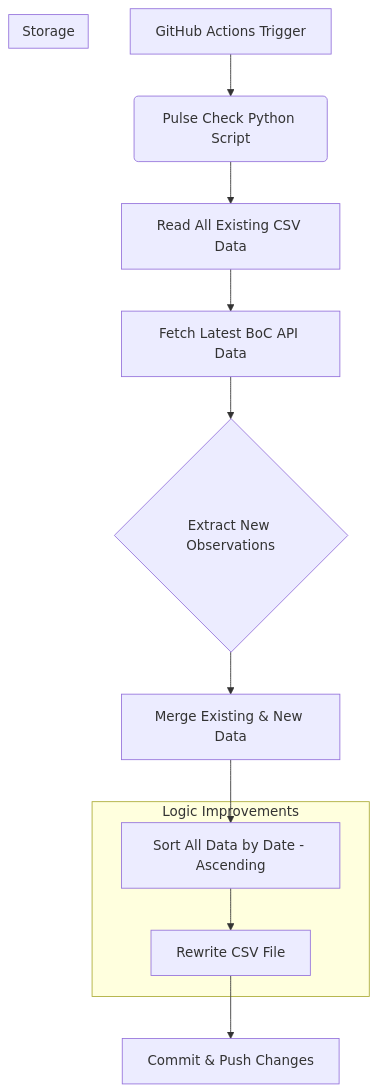
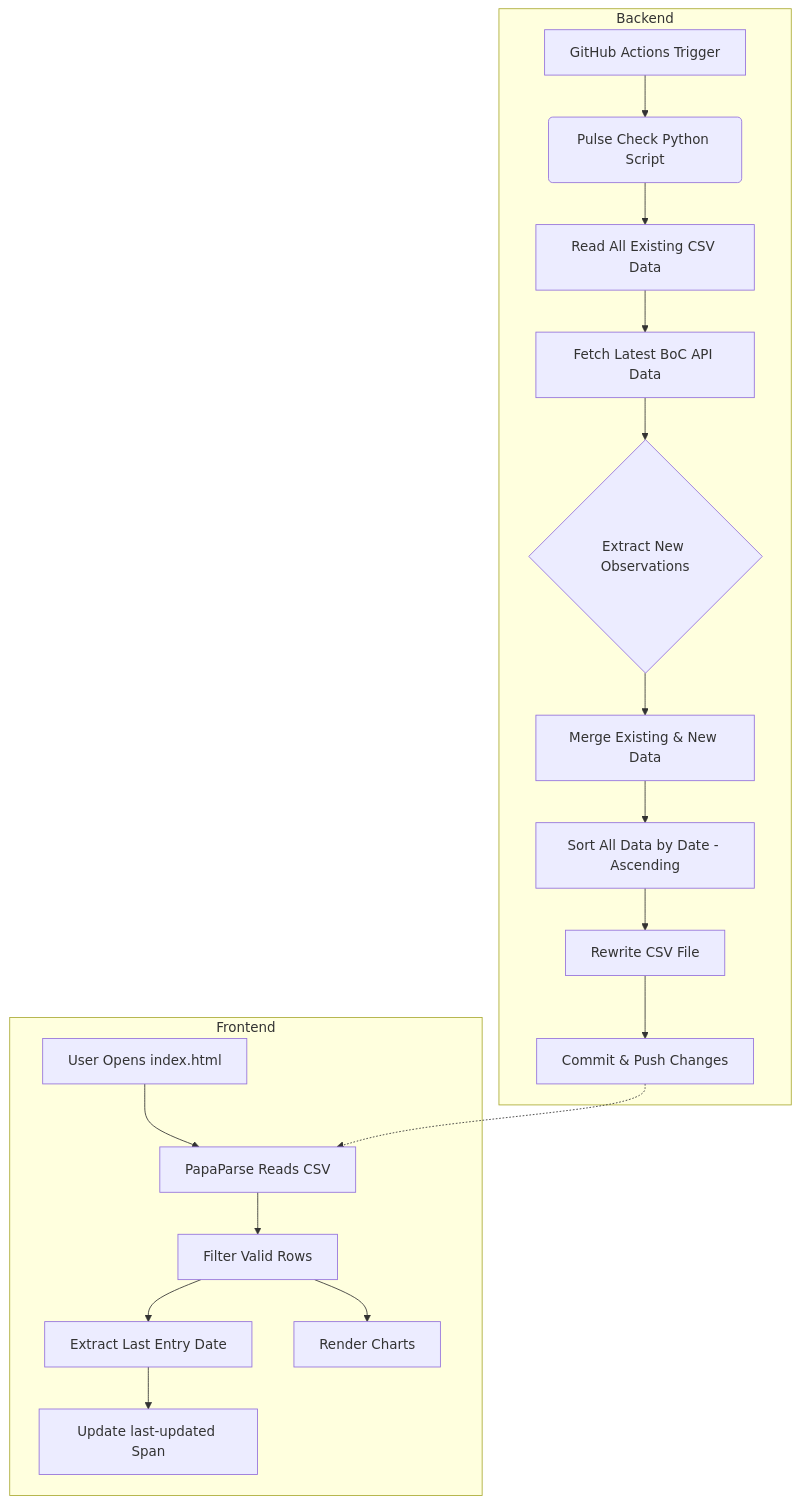
Before and after one commit to rnparker/Gemini-Sandbox: the diagram in data_flow.mmd, drawn with Mermaid. The commit also changed 1 other file, not shown here.

Commit message:
fix: make data timestamp dynamic from CSV last entry

```diff
--- a/data_flow.mmd
+++ b/data_flow.mmd
@@ -1,18 +1,21 @@
 graph TD
+    subgraph Backend
     A[GitHub Actions Trigger] --> B(Pulse Check Python Script)
     B --> C[Read All Existing CSV Data]
     C --> D[Fetch Latest BoC API Data]
     D --> E{Extract New Observations}
     E --> F[Merge Existing & New Data]
     F --> G[Sort All Data by Date - Ascending]
     G --> H[Rewrite CSV File]
     H --> I[Commit & Push Changes]
-    
-    subgraph Logic Improvements
-    G
-    H
     end
-    
-    subgraph Storage
-    H
+
+    subgraph Frontend
+    J[User Opens index.html] --> K[PapaParse Reads CSV]
+    K --> L[Filter Valid Rows]
+    L --> M[Extract Last Entry Date]
+    M --> N[Update last-updated Span]
+    L --> O[Render Charts]
     end
+
+    I -.-> K
```
